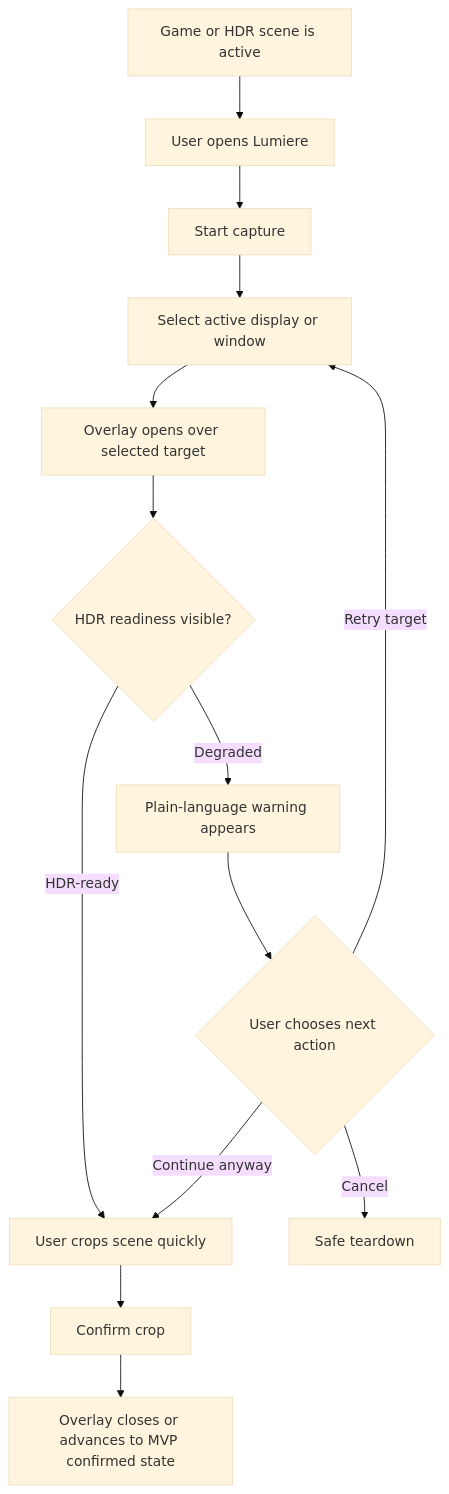
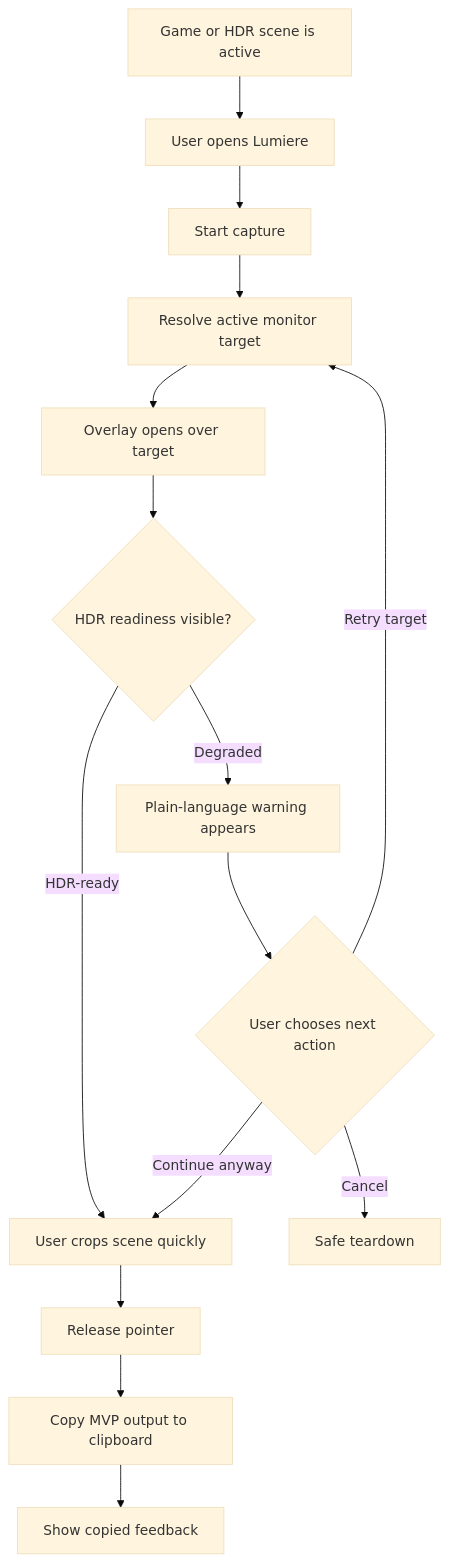
The second of 4 diagrams in _bmad-output/planning-artifacts/ux-design-specification.md (Mournerliao/lumiere), drawn with Mermaid (base theme) before and after one commit. The commit also changed other lines of this file and 14 other files, not shown here.

Commit message:
docs: rebaseline mvp roadmap

````diff
--- a/_bmad-output/planning-artifacts/ux-design-specification.md
+++ b/_bmad-output/planning-artifacts/ux-design-specification.md
@@ -722,16 +739,17 @@
 ```mermaid
 flowchart TD
     A["Game or HDR scene is active"] --> B["User opens Lumiere"]
     B --> C["Start capture"]
-    C --> D["Select active display or window"]
-    D --> E["Overlay opens over selected target"]
+    C --> D["Resolve active monitor target"]
+    D --> E["Overlay opens over target"]
     E --> F{HDR readiness visible?}
     F -- "HDR-ready" --> G["User crops scene quickly"]
     F -- "Degraded" --> H["Plain-language warning appears"]
     H --> I{User chooses next action}
     I -- "Retry target" --> D
     I -- "Continue anyway" --> G
     I -- "Cancel" --> J["Safe teardown"]
-    G --> K["Confirm crop"]
-    K --> L["Overlay closes or advances to MVP confirmed state"]
+    G --> K["Release pointer"]
+    K --> L["Copy MVP output to clipboard"]
+    L --> M["Show copied feedback"]
 ```
````
